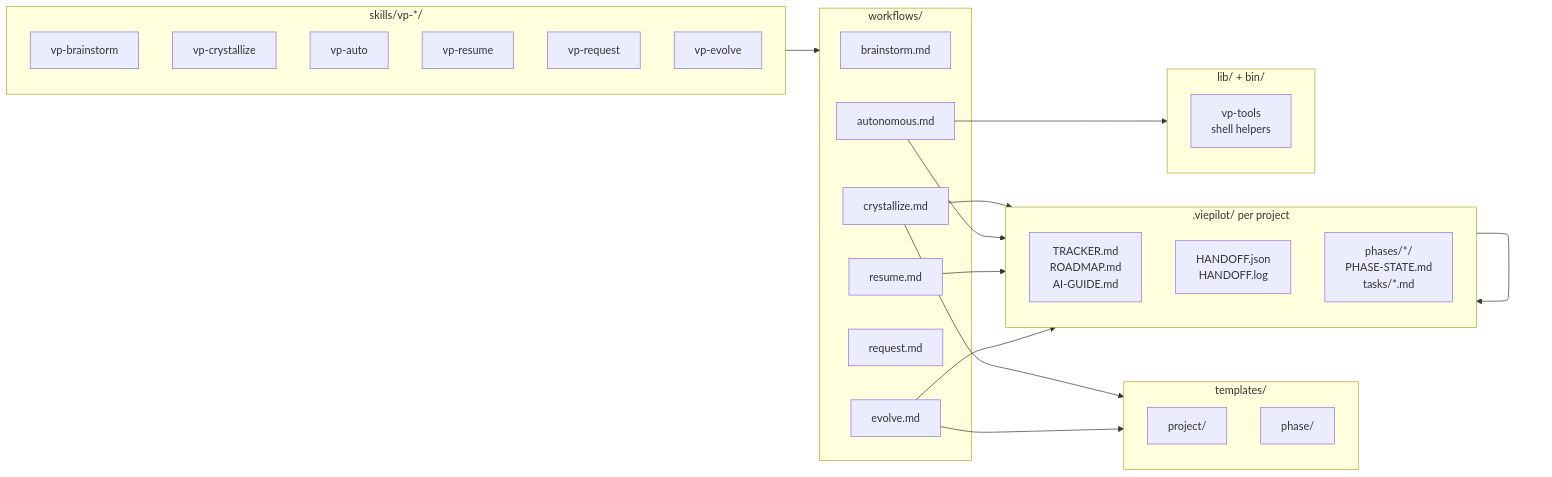
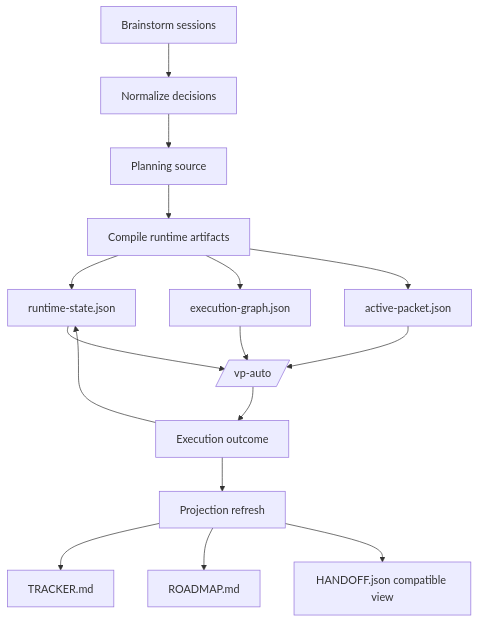
The second of 5 diagrams in .viepilot/ARCHITECTURE.md (0-CODE/viepilot), drawn with Mermaid before and after one commit. The commit also changed other lines of this file and 47 other files, not shown here.

Commit message:
docs(project): re-crystallize v3 planning artifacts

````diff
--- a/.viepilot/ARCHITECTURE.md
+++ b/.viepilot/ARCHITECTURE.md
@@ -113,40 +86,18 @@
 ```mermaid
-flowchart LR
-  subgraph Skills ["skills/vp-*/"]
-    S1[vp-brainstorm]
-    S2[vp-crystallize]
-    S3[vp-auto]
-    S4[vp-resume]
-    S5[vp-request]
-    S6[vp-evolve]
-  end
-  subgraph Workflows ["workflows/"]
-    W1[brainstorm.md]
-    W2[crystallize.md]
-    W3[autonomous.md]
-    W4[resume.md]
-    W5[request.md]
-    W6[evolve.md]
-  end
-  subgraph Templates ["templates/"]
-    T1[project/]
-    T2[phase/]
-  end
-  subgraph State [".viepilot/ per project"]
-    A1[TRACKER.md\nROADMAP.md\nAI-GUIDE.md]
-    A2[HANDOFF.json\nHANDOFF.log]
-    A3[phases/*/\nPHASE-STATE.md\ntasks/*.md]
-  end
-  subgraph Lib ["lib/ + bin/"]
-    L1[vp-tools\nshell helpers]
-  end
-  Skills --> Workflows
-  W2 --> Templates
-  W2 --> State
-  W3 --> State
-  W4 --> State
-  W6 --> Templates
-  W6 --> State
-  W3 --> Lib
-  State --> State
+flowchart TD
+  B[Brainstorm sessions] --> N[Normalize decisions]
+  N --> P[Planning source]
+  P --> C[Compile runtime artifacts]
+  C --> RS[runtime-state.json]
+  C --> EG[execution-graph.json]
+  C --> AP[active-packet.json]
+  RS --> X[/vp-auto/]
+  EG --> X
+  AP --> X
+  X --> O[Execution outcome]
+  O --> RS
+  O --> PR[Projection refresh]
+  PR --> T[TRACKER.md]
+  PR --> R[ROADMAP.md]
+  PR --> H[HANDOFF.json compatible view]
 ```
````
